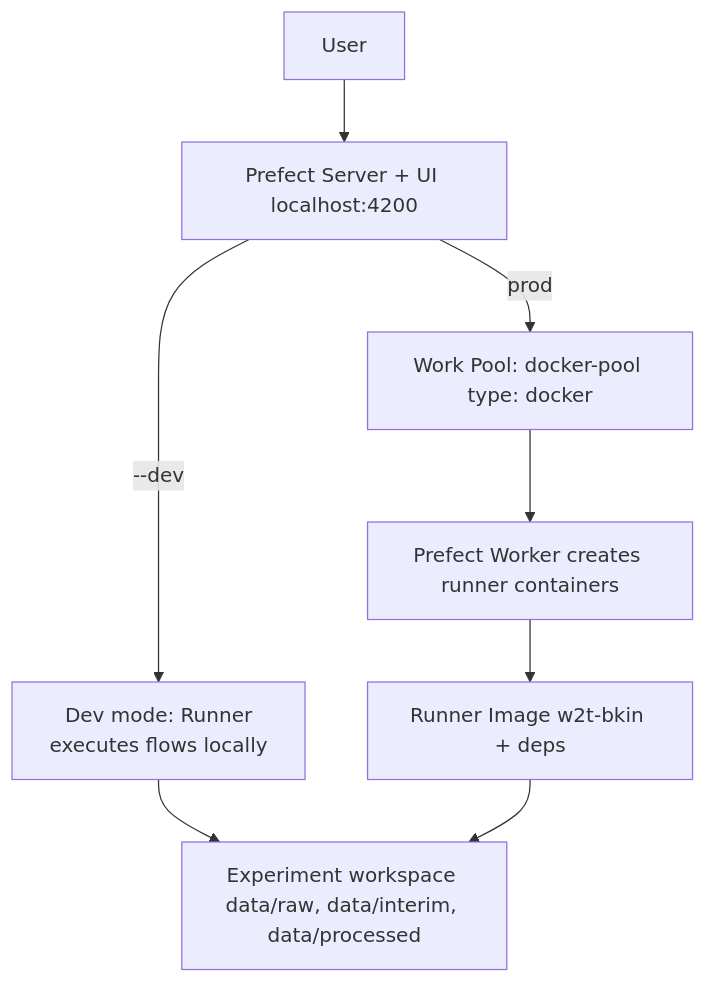
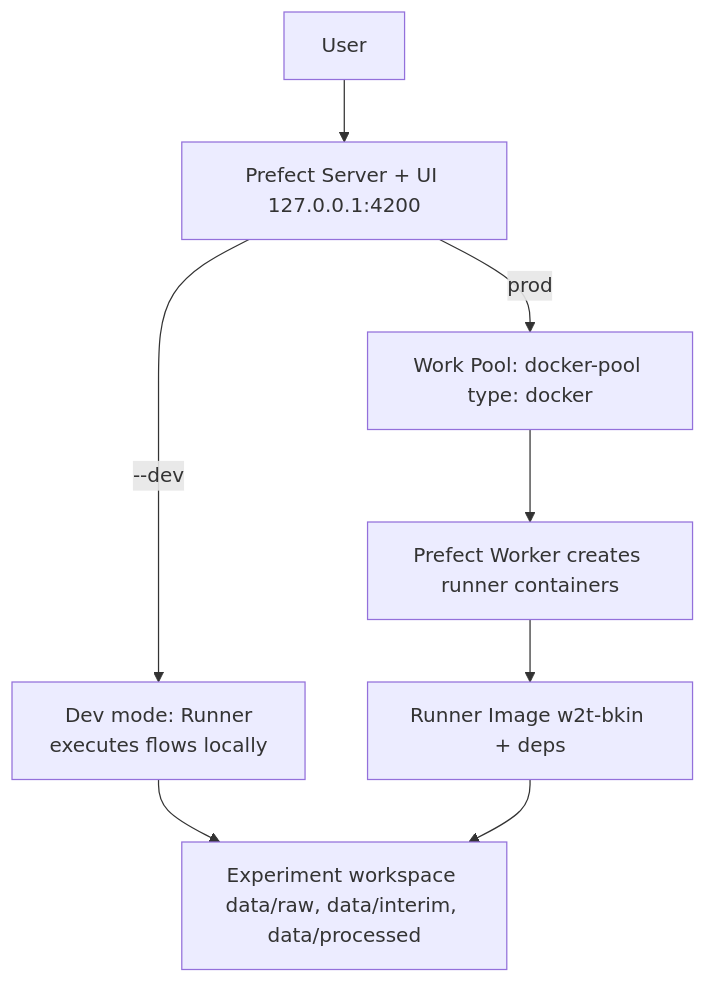
One commit to BorjaEst/w2t-bkin changed the diagram in docs/reference/architecture_diagram.mmd. Above: the diagram before and after it, drawn with Mermaid. The commit also changed 13 other files, not shown here.

```diff
--- a/docs/reference/architecture_diagram.mmd
+++ b/docs/reference/architecture_diagram.mmd
@@ -1,14 +1,14 @@
 flowchart TB
   user[User]
-  ui[Prefect Server + UI localhost:4200]
+  ui[Prefect Server + UI 127.0.0.1:4200]
   dev[Dev mode: Runner\nexecutes flows locally]
   pool[Work Pool: docker-pool type: docker]
   worker[Prefect Worker creates runner containers]
   image[Runner Image w2t-bkin + deps]
   data[Experiment workspace data/raw, data/interim, data/processed]
 
   user --> ui
   ui -->|--dev| dev
   ui -->|prod| pool --> worker --> image
   dev --> data
   image --> data
```
